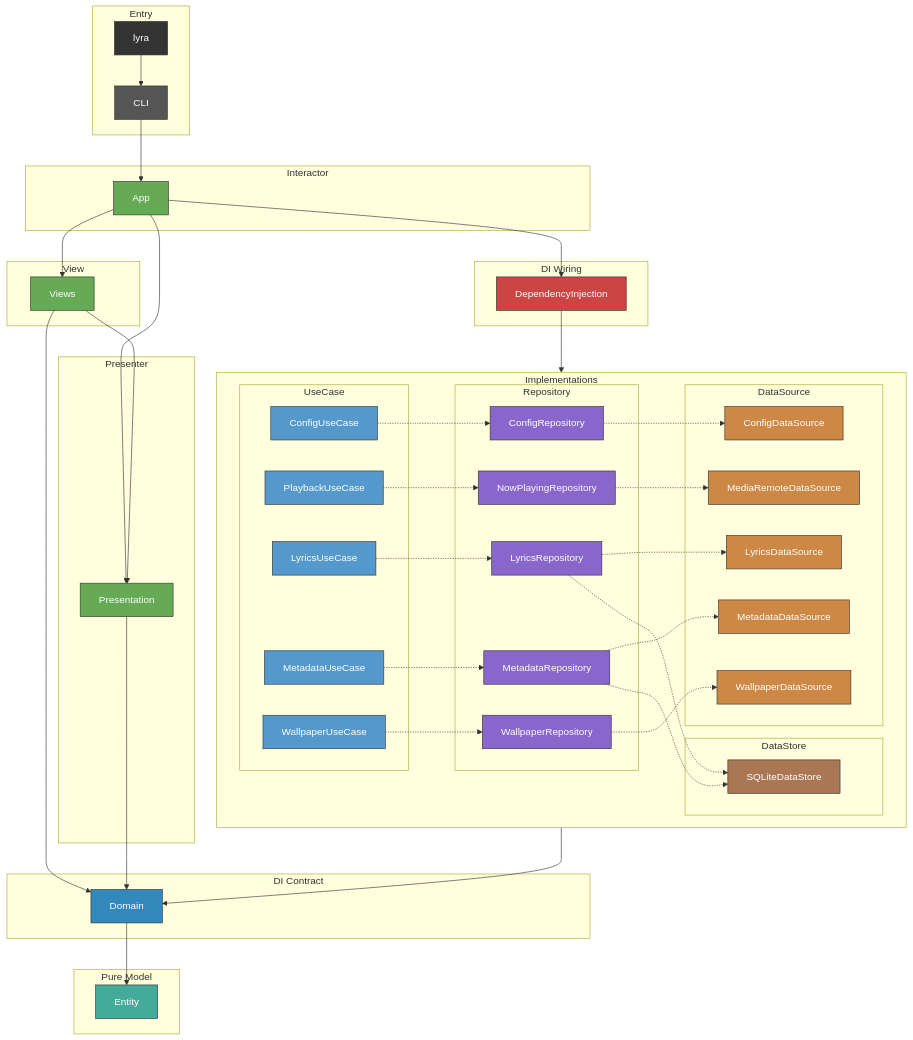
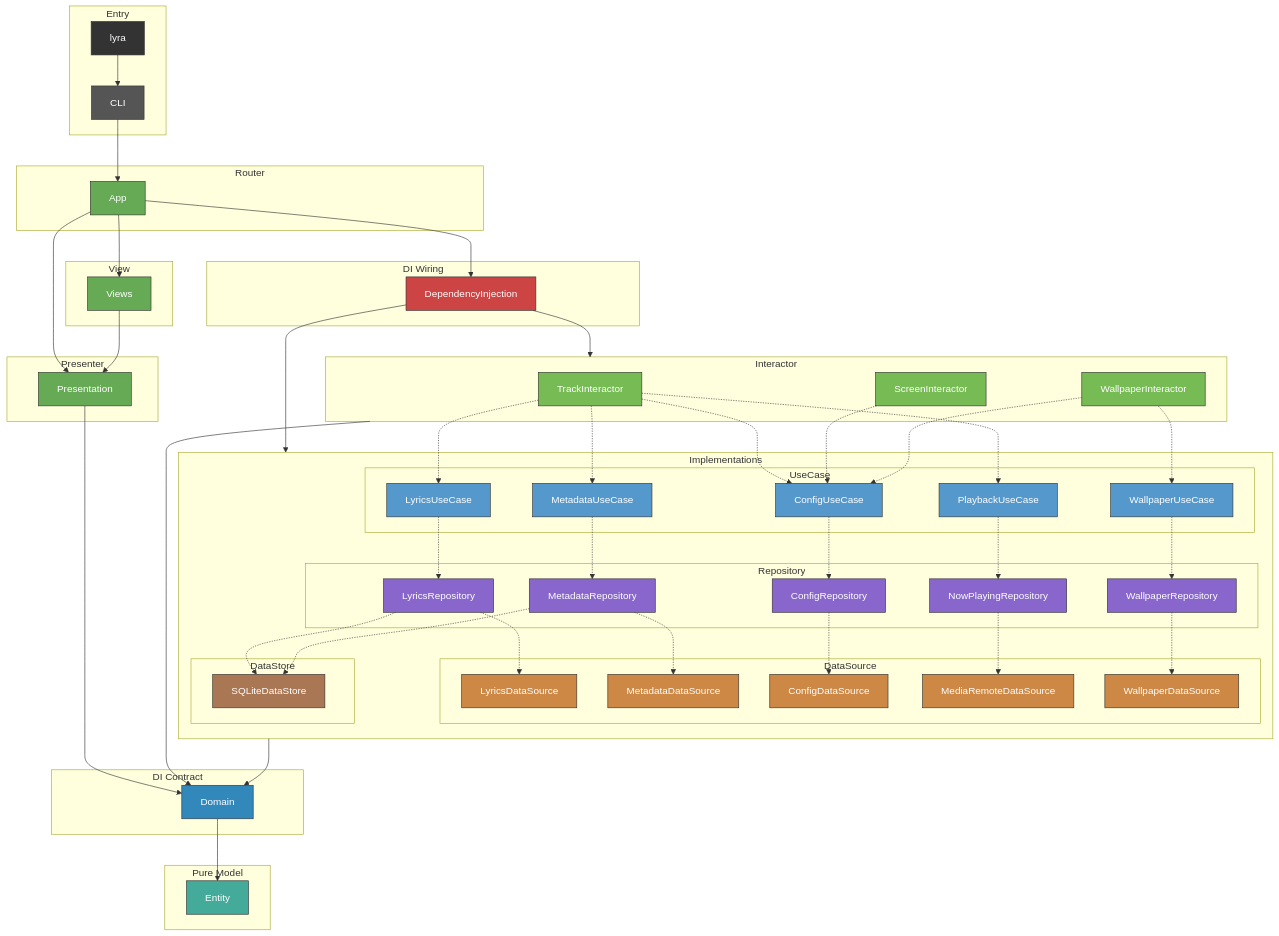
Before and after one commit to GeneralD/lyra: the diagram in CLAUDE.md, drawn with Mermaid. The commit also changed other lines of this file, not shown here.

```diff
--- a/CLAUDE.md
+++ b/CLAUDE.md
@@ -28,20 +28,26 @@
         CLI[CLI]
     end
 
+    subgraph Router
+        App[App]
+    end
+
     subgraph View
         Views[Views]
     end
 
+    subgraph Presenter
+        Presentation[Presentation]
+    end
+
     subgraph Interactor
-        App[App]
+        TrackInteractor[TrackInteractor]
+        ScreenInteractor[ScreenInteractor]
+        WallpaperInteractor[WallpaperInteractor]
     end
 
     subgraph DI Wiring
         DependencyInjection[DependencyInjection]
-    end
-
-    subgraph Presenter
-        Presentation[Presentation]
     end
 
     subgraph DI Contract
@@ -86,10 +92,15 @@
     CLI --> App
     App --> Views & Presentation & DependencyInjection
     DependencyInjection --> Implementations
-    Views --> Presentation & Domain
+    DependencyInjection --> Interactor
+    Views --> Presentation
     Presentation --> Domain
+    Interactor --> Domain
     Implementations --> Domain
     Domain --> Entity
+    TrackInteractor -.-> PlaybackUseCase & MetadataUseCase & LyricsUseCase & ConfigUseCase
+    ScreenInteractor -.-> ConfigUseCase
+    WallpaperInteractor -.-> WallpaperUseCase & ConfigUseCase
     ConfigUseCase -.-> ConfigRepository
     ConfigRepository -.-> ConfigDataSource
     PlaybackUseCase -.-> NowPlayingRepository
@@ -108,6 +119,9 @@
     style App fill:#6a5,stroke:#333,color:#fff
     style Views fill:#6a5,stroke:#333,color:#fff
     style Presentation fill:#6a5,stroke:#333,color:#fff
+    style TrackInteractor fill:#7b5,stroke:#333,color:#fff
+    style ScreenInteractor fill:#7b5,stroke:#333,color:#fff
+    style WallpaperInteractor fill:#7b5,stroke:#333,color:#fff
     style DependencyInjection fill:#c44,stroke:#333,color:#fff
     style Entity fill:#4a9,stroke:#333,color:#fff
     style Domain fill:#38b,stroke:#333,color:#fff
```
